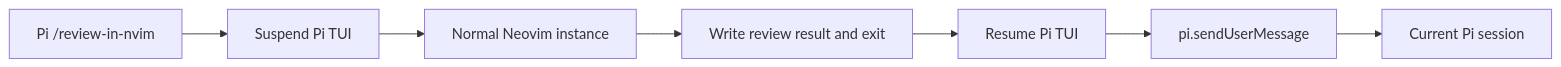
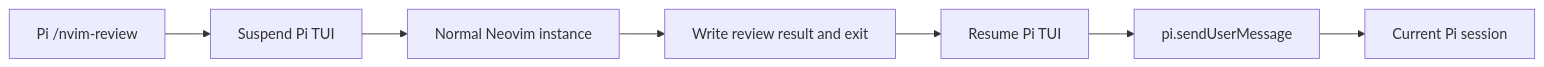
Before and after one commit to SearidangPa/big-diff.nvim: the diagram in review_pi.md, drawn with Mermaid. The commit also changed other lines of this file and 14 other files, not shown here.

````diff
--- a/review_pi.md
+++ b/review_pi.md
@@ -26,9 +26,9 @@
 ```mermaid
 flowchart LR
-  C["Pi /review-in-nvim"] --> S["Suspend Pi TUI"]
+  C["Pi /nvim-review"] --> S["Suspend Pi TUI"]
   S --> N["Normal Neovim instance"]
   N --> R["Write review result and exit"]
   R --> P["Resume Pi TUI"]
   P --> M["pi.sendUserMessage"]
   M --> A["Current Pi session"]
 ```
````
